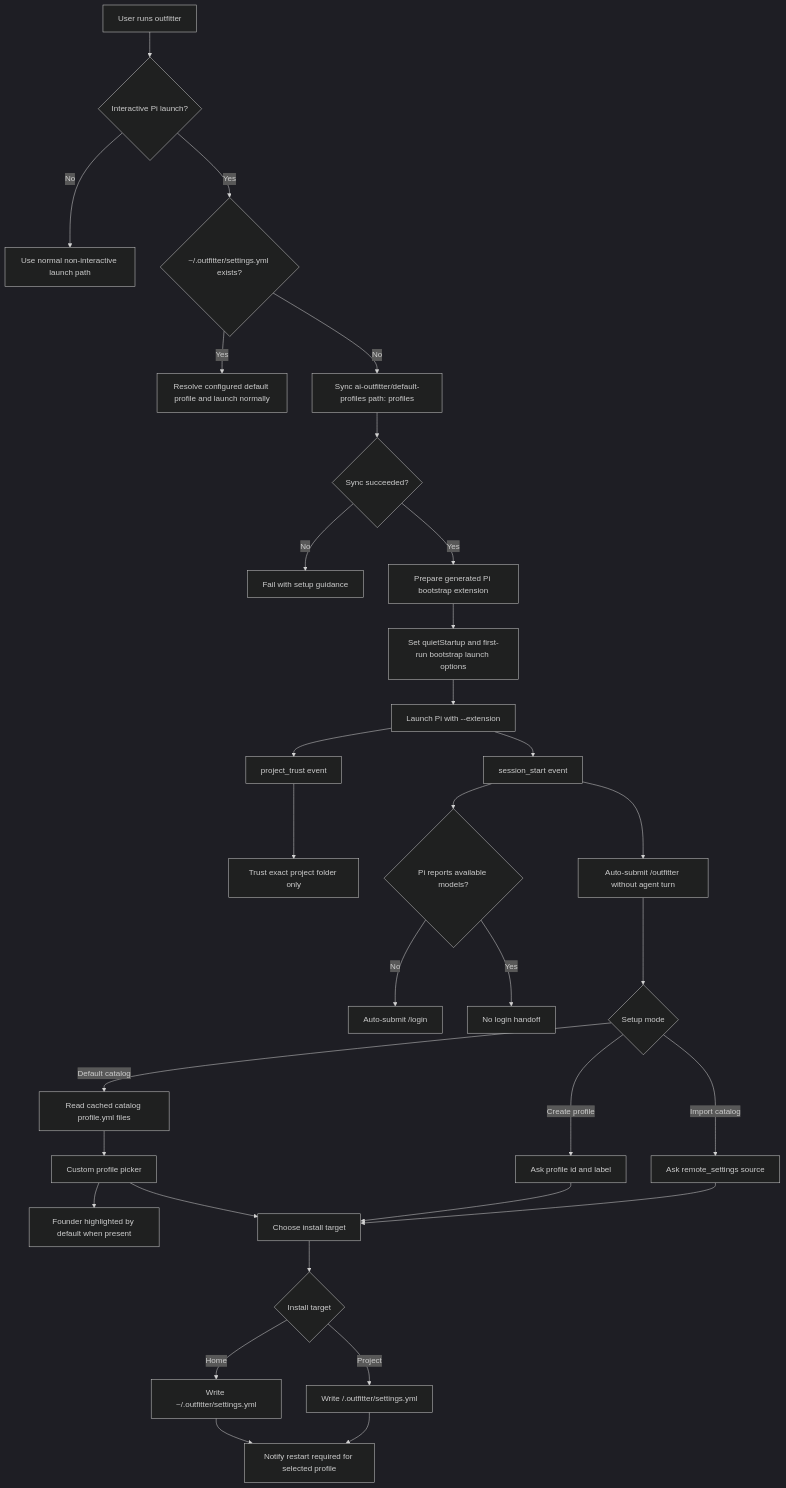
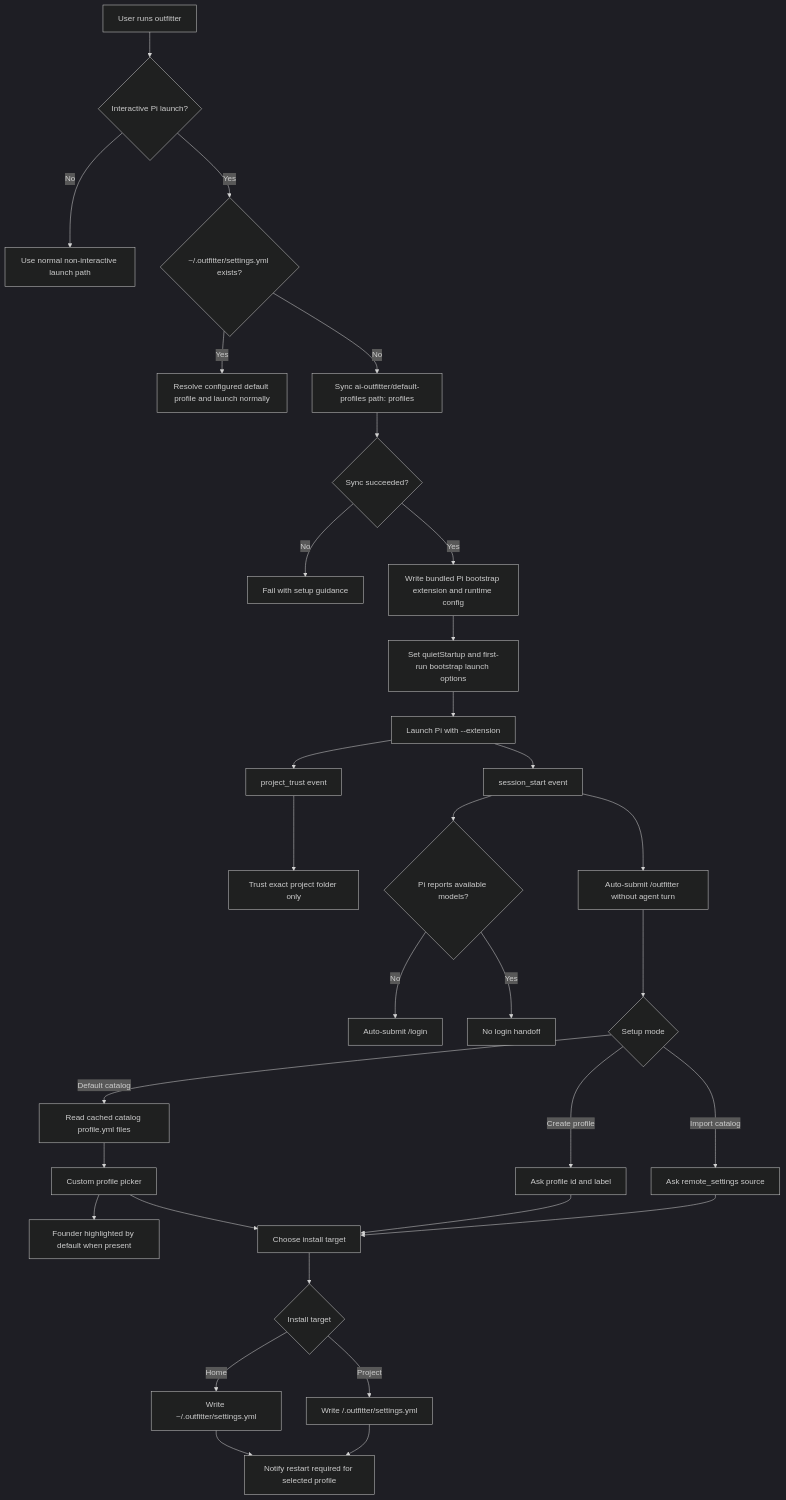
The diagram in docs/architecture/onboarding.md (ai-outfitter/outfitter), drawn with Mermaid (dark theme) before and after one commit. The commit also changed other lines of this file and 32 other files, not shown here.

````diff
--- a/docs/architecture/onboarding.md
+++ b/docs/architecture/onboarding.md
@@ -25,34 +25,34 @@
 ```mermaid
 flowchart TD
   A[User runs outfitter] --> B{Interactive Pi launch?}
   B -- No --> B1[Use normal non-interactive launch path]
   B -- Yes --> C{~/.outfitter/settings.yml exists?}
   C -- Yes --> C1[Resolve configured default profile and launch normally]
   C -- No --> D[Sync ai-outfitter/default-profiles path: profiles]
   D --> E{Sync succeeded?}
   E -- No --> E1[Fail with setup guidance]
-  E -- Yes --> F[Prepare generated Pi bootstrap extension]
+  E -- Yes --> F[Write bundled Pi bootstrap extension and runtime config]
   F --> G[Set quietStartup and first-run bootstrap launch options]
   G --> H[Launch Pi with --extension]
   H --> I[project_trust event]
   I --> I1[Trust exact project folder only]
   H --> J[session_start event]
   J --> K[Auto-submit /outfitter without agent turn]
   J --> L{Pi reports available models?}
   L -- No --> L1[Auto-submit /login]
   L -- Yes --> M[No login handoff]
   K --> N{Setup mode}
   N -- Default catalog --> O[Read cached catalog profile.yml files]
   O --> P[Custom profile picker]
   P --> P1[Founder highlighted by default when present]
   P --> Q[Choose install target]
   N -- Create profile --> R[Ask profile id and label]
   R --> Q
   N -- Import catalog --> S[Ask remote_settings source]
   S --> Q
   Q --> T{Install target}
   T -- Home --> U[Write ~/.outfitter/settings.yml]
   T -- Project --> V[Write <project>/.outfitter/settings.yml]
   U --> W[Notify restart required for selected profile]
   V --> W
 ```
````
